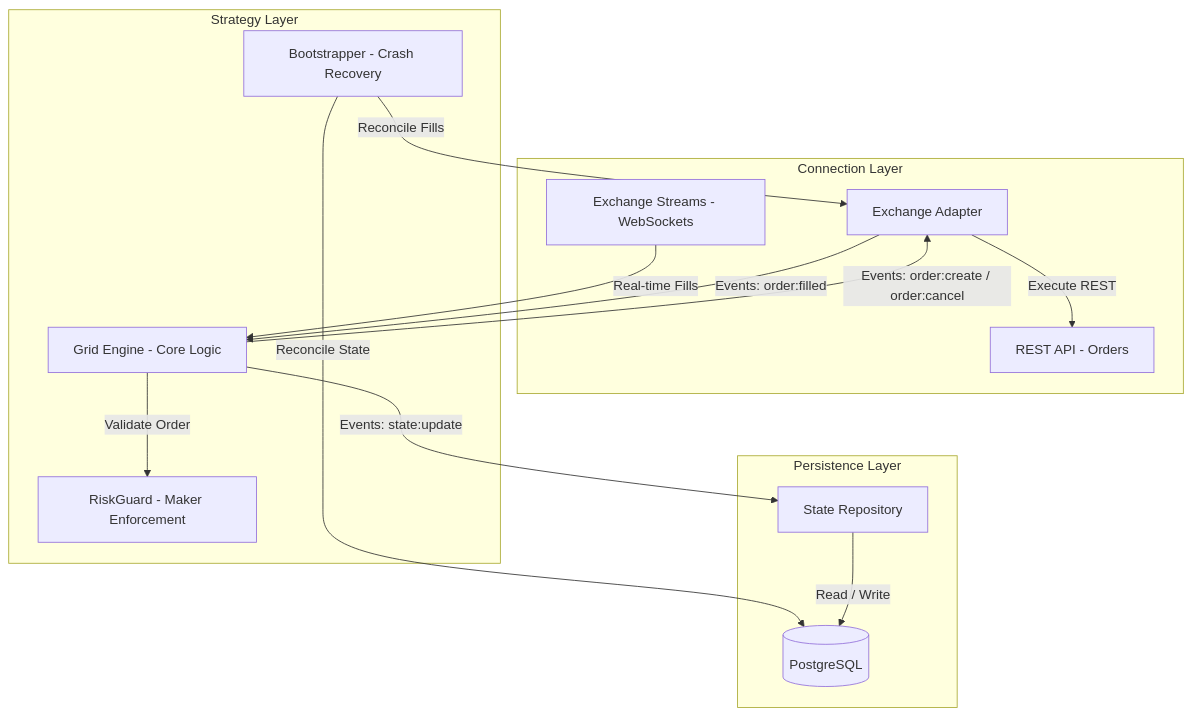
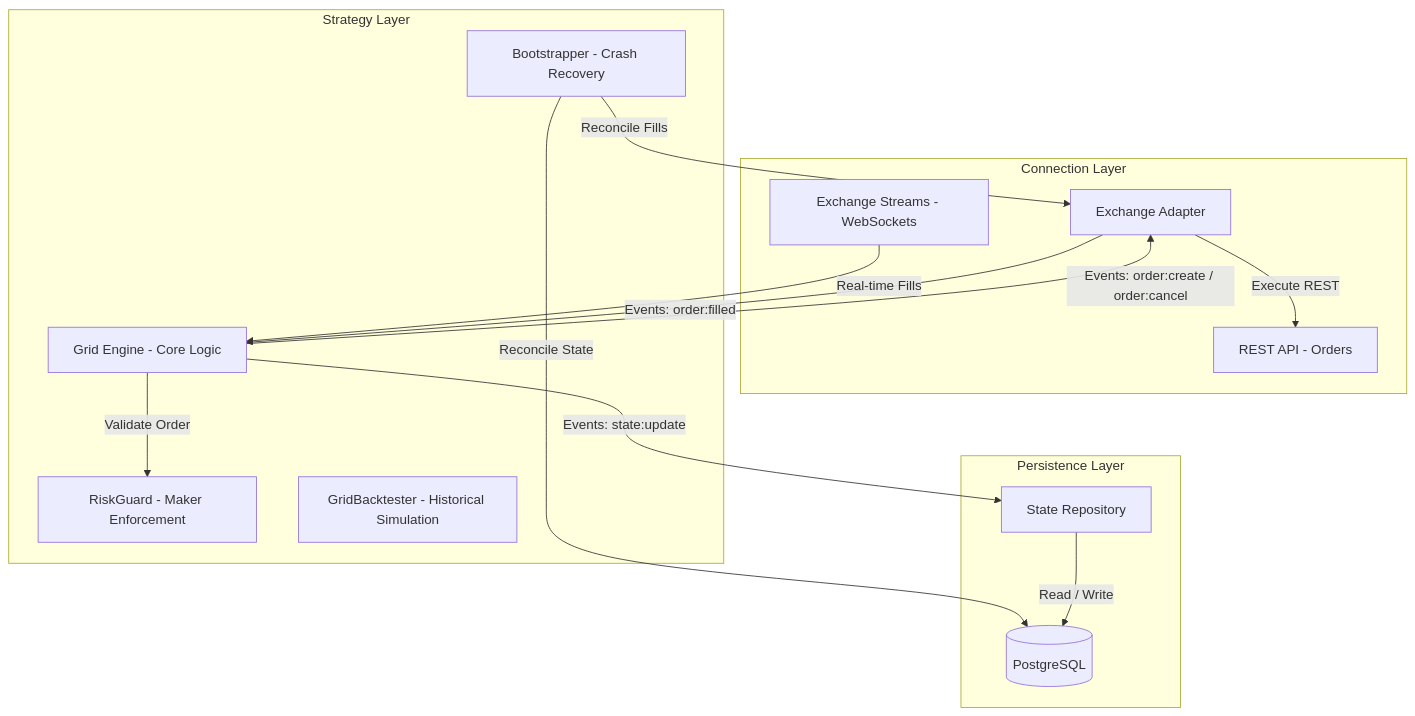
One commit to lancubal/grid_trading_bot changed the diagram in README.md. Above: the diagram before and after it, drawn with Mermaid. The commit also changed other lines of this file and 7 other files, not shown here.

````diff
--- a/README.md
+++ b/README.md
@@ -28,29 +48,30 @@
 ```mermaid
 graph TD
     subgraph Connection Layer
         EA[Exchange Adapter]
         WS[Exchange Streams - WebSockets]
         REST[REST API - Orders]
     end
 
     subgraph Strategy Layer
         GE[Grid Engine - Core Logic]
         BM[Bootstrapper - Crash Recovery]
         RG[RiskGuard - Maker Enforcement]
+        BT[GridBacktester - Historical Simulation]
     end
 
     subgraph Persistence Layer
         SM[State Repository]
         DB[(PostgreSQL)]
     end
 
     WS -->|Real-time Fills| GE
     EA -->|Events: order:filled| GE
     GE -->|Validate Order| RG
     BM -->|Reconcile State| DB
     BM -->|Reconcile Fills| EA
     GE -->|Events: order:create / order:cancel| EA
     GE -->|Events: state:update| SM
     SM -->|Read / Write| DB
     EA -->|Execute REST| REST
 ```
````
